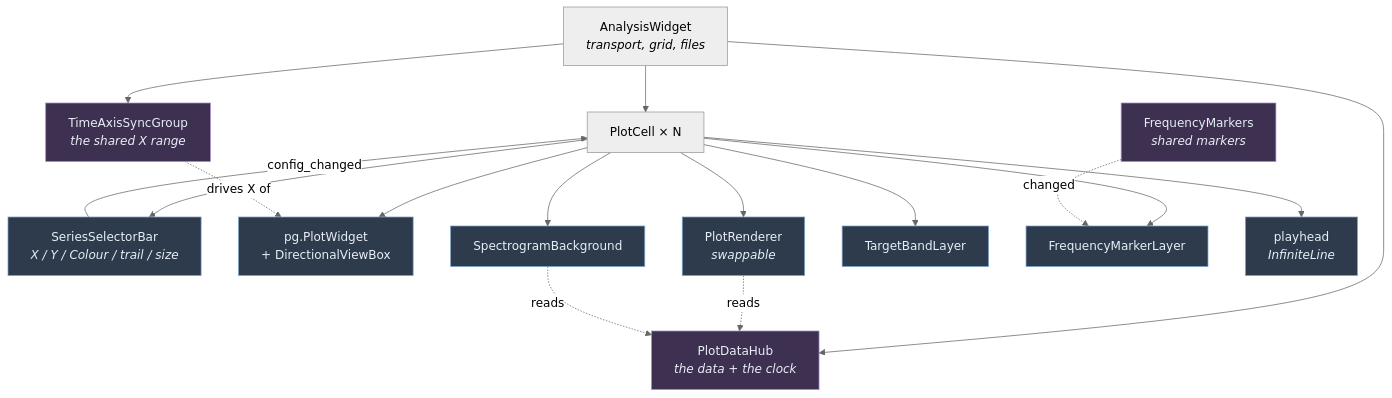
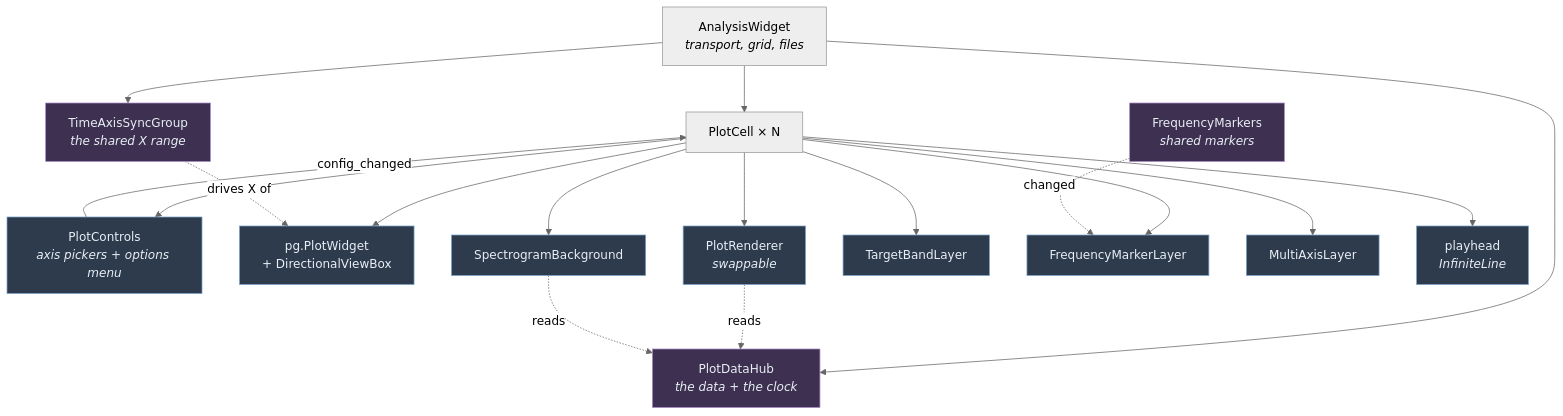
One commit to fabstr/voicevis changed the first of 7 diagrams in src/ui/plot/README.md. Above: the diagram before and after it, drawn with Mermaid (neutral theme). The commit also changed other lines of this file and 6 other files, not shown here.

Commit message:
Add dropdown menu for plot options. Use series pickers as axis labels. Add support for multiple axis.

````diff
--- a/src/ui/plot/README.md
+++ b/src/ui/plot/README.md
@@ -38,29 +38,30 @@
 ```mermaid
 graph TD
     AW["AnalysisWidget<br/><i>transport, grid, files</i>"]
 
     AW --> HUB["PlotDataHub<br/><i>the data + the clock</i>"]
     AW --> SYNC["TimeAxisSyncGroup<br/><i>the shared X range</i>"]
     AW --> CELLS["PlotCell &times; N"]
 
-    CELLS --> BAR["SeriesSelectorBar<br/><i>X / Y / Colour / trail / size</i>"]
+    CELLS --> BAR["PlotControls<br/><i>axis pickers + options menu</i>"]
     CELLS --> PW["pg.PlotWidget<br/>+ DirectionalViewBox"]
     CELLS --> REND["PlotRenderer<br/><i>swappable</i>"]
     CELLS --> SPEC["SpectrogramBackground"]
     CELLS --> TB["TargetBandLayer"]
     CELLS --> FM["FrequencyMarkerLayer"]
+    CELLS --> MA["MultiAxisLayer"]
     CELLS --> PH["playhead<br/><i>InfiniteLine</i>"]
 
     MK["FrequencyMarkers<br/><i>shared markers</i>"] -.changed.-> FM
 
     REND -.reads.-> HUB
     SPEC -.reads.-> HUB
     SYNC -.drives X of.-> PW
 
     BAR -->|config_changed| CELLS
 
     classDef owned fill:#2d3b4d,stroke:#7aa2c8,color:#e8eef5
     classDef state fill:#3d3050,stroke:#a98ac8,color:#e8eef5
     class HUB,SYNC,MK state
-    class BAR,PW,REND,SPEC,TB,FM,PH owned
+    class BAR,PW,REND,SPEC,TB,FM,MA,PH owned
 ```
````
